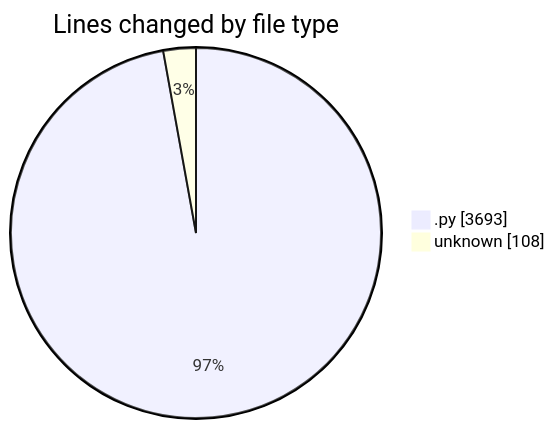
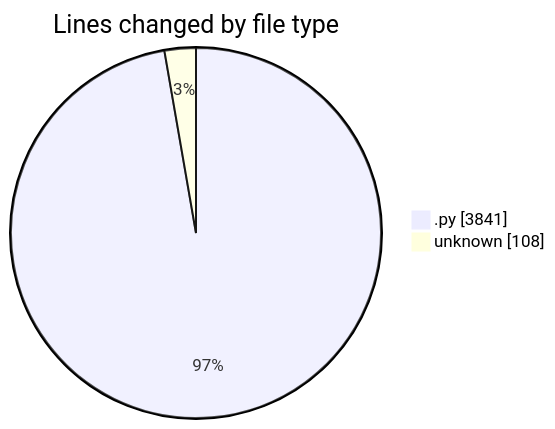
Before and after one commit to julien-gomy/code-tracking: the first of 2 diagrams in 2025-11-21/eventscop-api-guide__workspace_/README.md, drawn with Mermaid. The commit also changed other lines of this file and 1 other file, not shown here.

````diff
--- a/2025-11-21/eventscop-api-guide__workspace_/README.md
+++ b/2025-11-21/eventscop-api-guide__workspace_/README.md
@@ -39,6 +39,6 @@
 ```mermaid
 pie showData
 title Lines changed by file type
-".py" : 3693
+".py" : 3841
 "unknown" : 108
 ```
````
